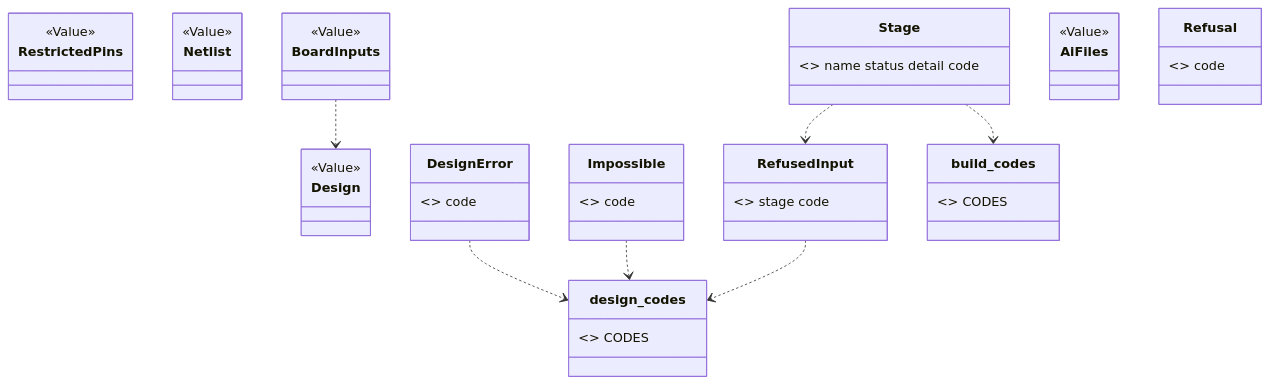
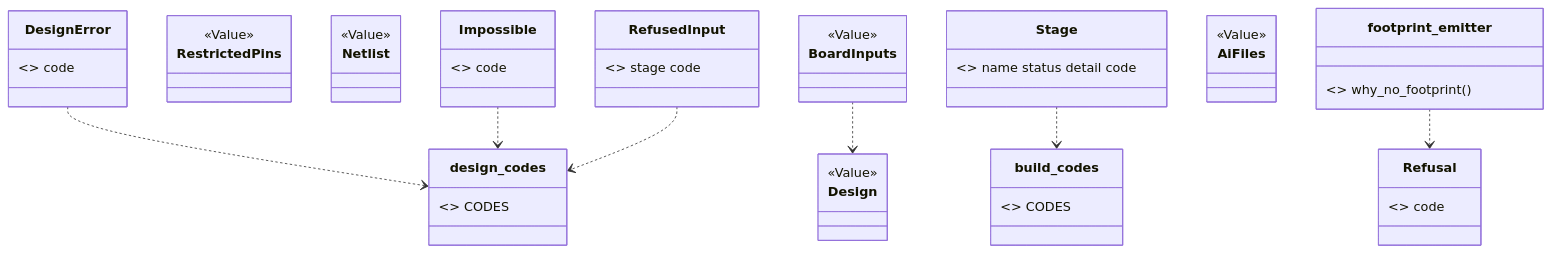
Before and after one commit to xmejkal/spark: the first of 3 diagrams in docs/discovery/2026-10-19-p323-target-architecture/architecture/wave6-plan.md, drawn with Mermaid. The commit also changed other lines of this file and 1 other file, not shown here.

Commit message:
P698: the review's fixes (19 Cases, the nine rows named, one section per move PR with its after-line, files, keys, tests, rows, size and done-when, the diagram's Refusal arrow, rows 23 to 26)

````diff
--- a/docs/discovery/2026-10-19-p323-target-architecture/architecture/wave6-plan.md
+++ b/docs/discovery/2026-10-19-p323-target-architecture/architecture/wave6-plan.md
@@ -966,21 +998,22 @@
 ```mermaid
 classDiagram
   class Design { <<Value>> }
   class DesignError { <<Error>> code }
   class RestrictedPins { <<Value>> }
   class Netlist { <<Value>> }
   class Impossible { <<Error>> code }
   class BoardInputs { <<Value>> }
   class RefusedInput { <<Error>> stage code }
   class design_codes { <<leaf>> CODES }
   class Stage { <<Value>> name status detail code }
   class AiFiles { <<Value>> }
   class build_codes { <<leaf>> CODES }
   class Refusal { <<Value>> code }
+  class footprint_emitter { <<module>> why_no_footprint() }
   DesignError ..> design_codes
   Impossible ..> design_codes
   RefusedInput ..> design_codes
   BoardInputs ..> Design
   Stage ..> build_codes
-  Stage ..> RefusedInput
+  footprint_emitter ..> Refusal
 ```
````
